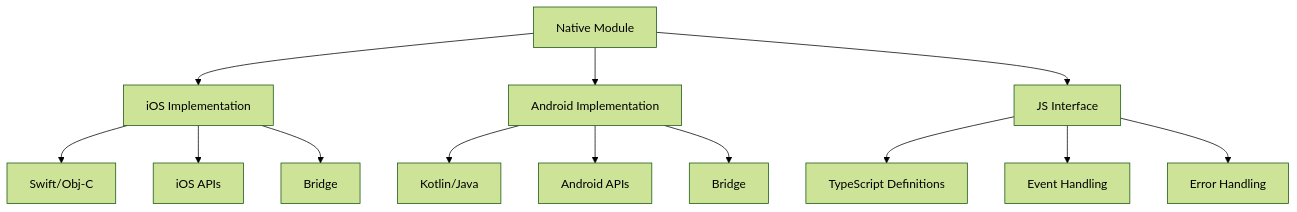
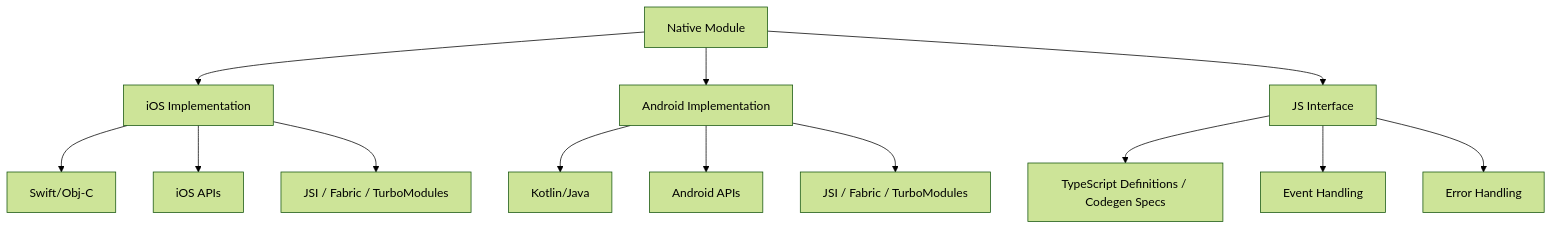
One commit to dbsectrainer/enterprise-grade-checklists changed the first of 2 diagrams in enterprise-mobile-checklist/platform-guide.md. Above: the diagram before and after it, drawn with Mermaid (forest theme). The commit also changed other lines of this file and 19 other files, not shown here.

````diff
--- a/enterprise-mobile-checklist/platform-guide.md
+++ b/enterprise-mobile-checklist/platform-guide.md
@@ -9,18 +20,18 @@
 ```mermaid
 graph TD
     A[Native Module] --> B[iOS Implementation]
     A --> C[Android Implementation]
     A --> D[JS Interface]
 
     B --> B1[Swift/Obj-C]
     B --> B2[iOS APIs]
-    B --> B3[Bridge]
+    B --> B3[JSI / Fabric / TurboModules]
 
     C --> C1[Kotlin/Java]
     C --> C2[Android APIs]
-    C --> C3[Bridge]
+    C --> C3[JSI / Fabric / TurboModules]
 
-    D --> D1[TypeScript Definitions]
+    D --> D1[TypeScript Definitions / Codegen Specs]
     D --> D2[Event Handling]
     D --> D3[Error Handling]
 ```
````
